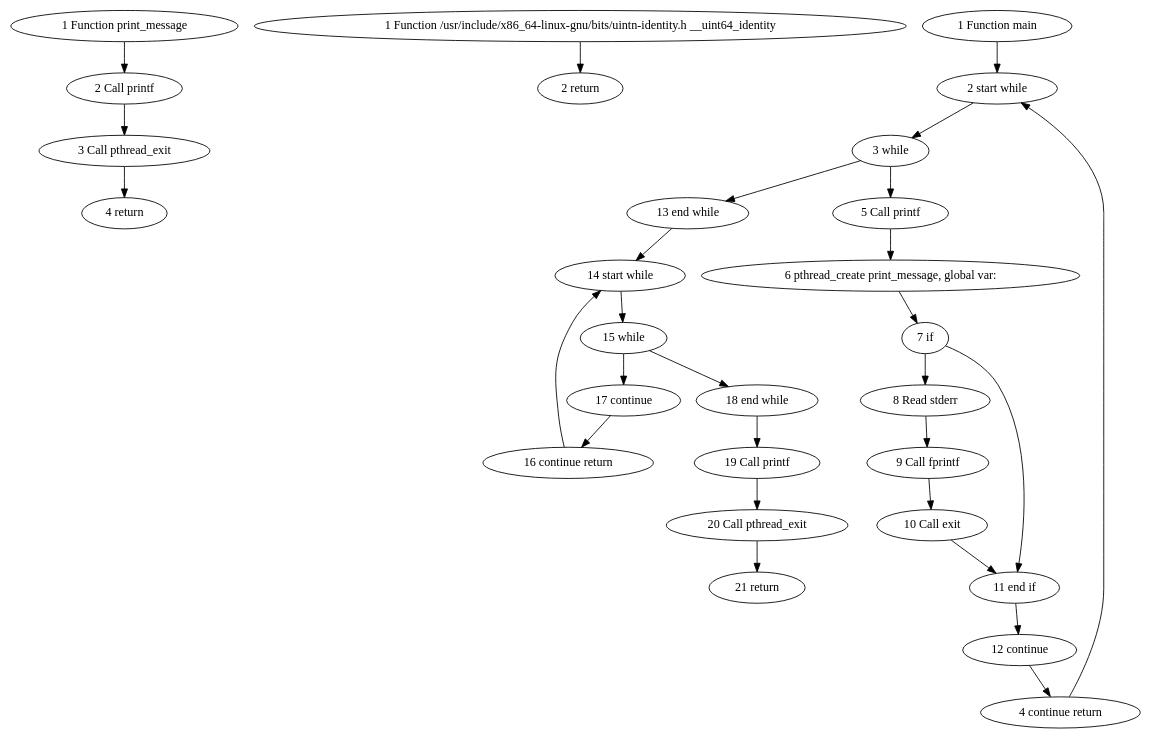
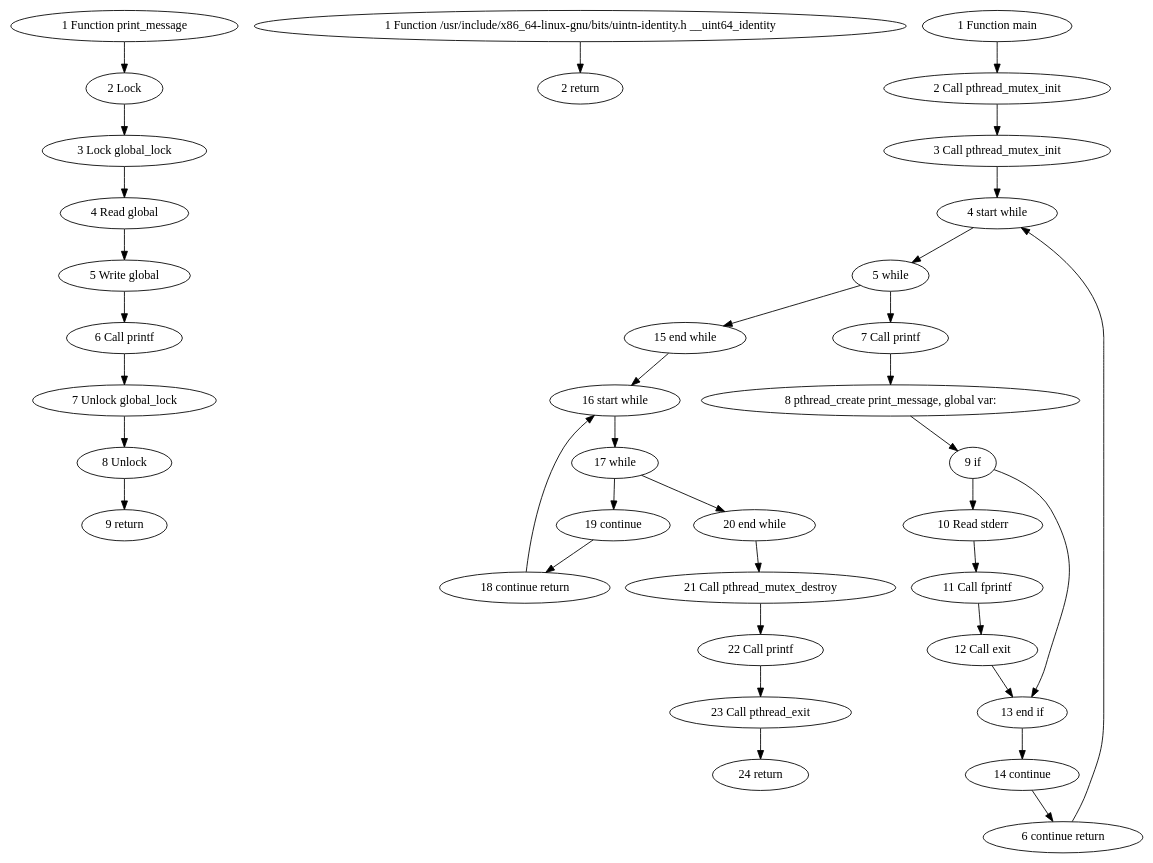
Before and after one commit to JudeHill/EraserStatic: the diagram in build/graph_3.dot, drawn with Graphviz. The commit also changed 18 other files, not shown here.

```diff
--- a/build/graph_3.dot
+++ b/build/graph_3.dot
@@ -1,56 +1,72 @@
 digraph G {
-  gfsgbyokkr [label="1 Function print_message"];
-  wvsgbyokkr [label="2 Call printf"];
-  kbtgbyokkr [label="3 Call pthread_exit"];
-  kjpgbyokkr [label="4 return"];
-  odbcbyokkr [label="1 Function /usr/include/x86_64-linux-gnu/bits/uintn-identity.h __uint64_identity"];
-  iaccbyokkr [label="2 return"];
-  iqsgbyokkr [label="1 Function main"];
-  wjugbyokkr [label="2 start while"];
-  wzugbyokkr [label="3 while"];
-  ctugbyokkr [label="5 Call printf"];
-  shyvayokkr [label="6 pthread_create print_message, global var: "];
-  kzxgbyokkr [label="7 if"];
-  onygbyokkr [label="8 Read stderr"];
-  ieygbyokkr [label="9 Call fprintf"];
-  qqygbyokkr [label="10 Call exit"];
-  ghvgbyokkr [label="11 end if"];
-  gnsgbyokkr [label="12 continue"];
-  astgbyokkr [label="4 continue return"];
-  wzygbyokkr [label="13 end while"];
-  myxbbyokkr [label="14 start while"];
-  wfybbyokkr [label="15 while"];
-  ucybbyokkr [label="17 continue"];
-  yaybbyokkr [label="16 continue return"];
-  ukybbyokkr [label="18 end while"];
-  euxbbyokkr [label="19 Call printf"];
-  sbzgbyokkr [label="20 Call pthread_exit"];
-  wnybbyokkr [label="21 return"];
-  gfsgbyokkr -> wvsgbyokkr;
-  wvsgbyokkr -> kbtgbyokkr;
-  kbtgbyokkr -> kjpgbyokkr;
-  odbcbyokkr -> iaccbyokkr;
-  iqsgbyokkr -> wjugbyokkr;
-  wjugbyokkr -> wzugbyokkr;
-  wzugbyokkr -> ctugbyokkr;
-  wzugbyokkr -> wzygbyokkr;
-  ctugbyokkr -> shyvayokkr;
-  shyvayokkr -> kzxgbyokkr;
-  kzxgbyokkr -> onygbyokkr;
-  kzxgbyokkr -> ghvgbyokkr;
-  onygbyokkr -> ieygbyokkr;
-  ieygbyokkr -> qqygbyokkr;
-  qqygbyokkr -> ghvgbyokkr;
-  ghvgbyokkr -> gnsgbyokkr;
-  gnsgbyokkr -> astgbyokkr;
-  astgbyokkr -> wjugbyokkr;
-  wzygbyokkr -> myxbbyokkr;
-  myxbbyokkr -> wfybbyokkr;
-  wfybbyokkr -> ucybbyokkr;
-  wfybbyokkr -> ukybbyokkr;
-  ucybbyokkr -> yaybbyokkr;
-  yaybbyokkr -> myxbbyokkr;
-  ukybbyokkr -> euxbbyokkr;
-  euxbbyokkr -> sbzgbyokkr;
-  sbzgbyokkr -> wnybbyokkr;
+  aiacqcbtir [label="1 Function print_message"];
+  wracqcbtir [label="2 Lock "];
+  ewacqcbtir [label="3 Lock global_lock"];
+  ghbcqcbtir [label="4 Read global"];
+  eebcqcbtir [label="5 Write global"];
+  olbcqcbtir [label="6 Call printf"];
+  isbcqcbtir [label="7 Unlock global_lock"];
+  iaccqcbtir [label="8 Unlock "];
+  kxwbqcbtir [label="9 return"];
+  orixpcbtir [label="1 Function /usr/include/x86_64-linux-gnu/bits/uintn-identity.h __uint64_identity"];
+  iojxpcbtir [label="2 return"];
+  imacqcbtir [label="1 Function main"];
+  knfcqcbtir [label="2 Call pthread_mutex_init"];
+  qwfcqcbtir [label="3 Call pthread_mutex_init"];
+  wzecqcbtir [label="4 start while"];
+  ukgcqcbtir [label="5 while"];
+  gfgcqcbtir [label="7 Call printf"];
+  kjvrpcbtir [label="8 pthread_create print_message, global var: "];
+  qgjcqcbtir [label="9 if"];
+  gxjcqcbtir [label="10 Read stderr"];
+  aojcqcbtir [label="11 Call fprintf"];
+  iakcqcbtir [label="12 Call exit"];
+  yqgcqcbtir [label="13 end if"];
+  qmccqcbtir [label="14 continue"];
+  kdgcqcbtir [label="6 continue return"];
+  mokcqcbtir [label="15 end while"];
+  opfxpcbtir [label="16 start while"];
+  ywfxpcbtir [label="17 while"];
+  wtfxpcbtir [label="19 continue"];
+  asfxpcbtir [label="18 continue return"];
+  wbgxpcbtir [label="20 end while"];
+  glfxpcbtir [label="21 Call pthread_mutex_destroy"];
+  gdlcqcbtir [label="22 Call printf"];
+  aklcqcbtir [label="23 Call pthread_exit"];
+  iglcqcbtir [label="24 return"];
+  aiacqcbtir -> wracqcbtir;
+  wracqcbtir -> ewacqcbtir;
+  ewacqcbtir -> ghbcqcbtir;
+  ghbcqcbtir -> eebcqcbtir;
+  eebcqcbtir -> olbcqcbtir;
+  olbcqcbtir -> isbcqcbtir;
+  isbcqcbtir -> iaccqcbtir;
+  iaccqcbtir -> kxwbqcbtir;
+  orixpcbtir -> iojxpcbtir;
+  imacqcbtir -> knfcqcbtir;
+  knfcqcbtir -> qwfcqcbtir;
+  qwfcqcbtir -> wzecqcbtir;
+  wzecqcbtir -> ukgcqcbtir;
+  ukgcqcbtir -> gfgcqcbtir;
+  ukgcqcbtir -> mokcqcbtir;
+  gfgcqcbtir -> kjvrpcbtir;
+  kjvrpcbtir -> qgjcqcbtir;
+  qgjcqcbtir -> gxjcqcbtir;
+  qgjcqcbtir -> yqgcqcbtir;
+  gxjcqcbtir -> aojcqcbtir;
+  aojcqcbtir -> iakcqcbtir;
+  iakcqcbtir -> yqgcqcbtir;
+  yqgcqcbtir -> qmccqcbtir;
+  qmccqcbtir -> kdgcqcbtir;
+  kdgcqcbtir -> wzecqcbtir;
+  mokcqcbtir -> opfxpcbtir;
+  opfxpcbtir -> ywfxpcbtir;
+  ywfxpcbtir -> wtfxpcbtir;
+  ywfxpcbtir -> wbgxpcbtir;
+  wtfxpcbtir -> asfxpcbtir;
+  asfxpcbtir -> opfxpcbtir;
+  wbgxpcbtir -> glfxpcbtir;
+  glfxpcbtir -> gdlcqcbtir;
+  gdlcqcbtir -> aklcqcbtir;
+  aklcqcbtir -> iglcqcbtir;
 }
```
